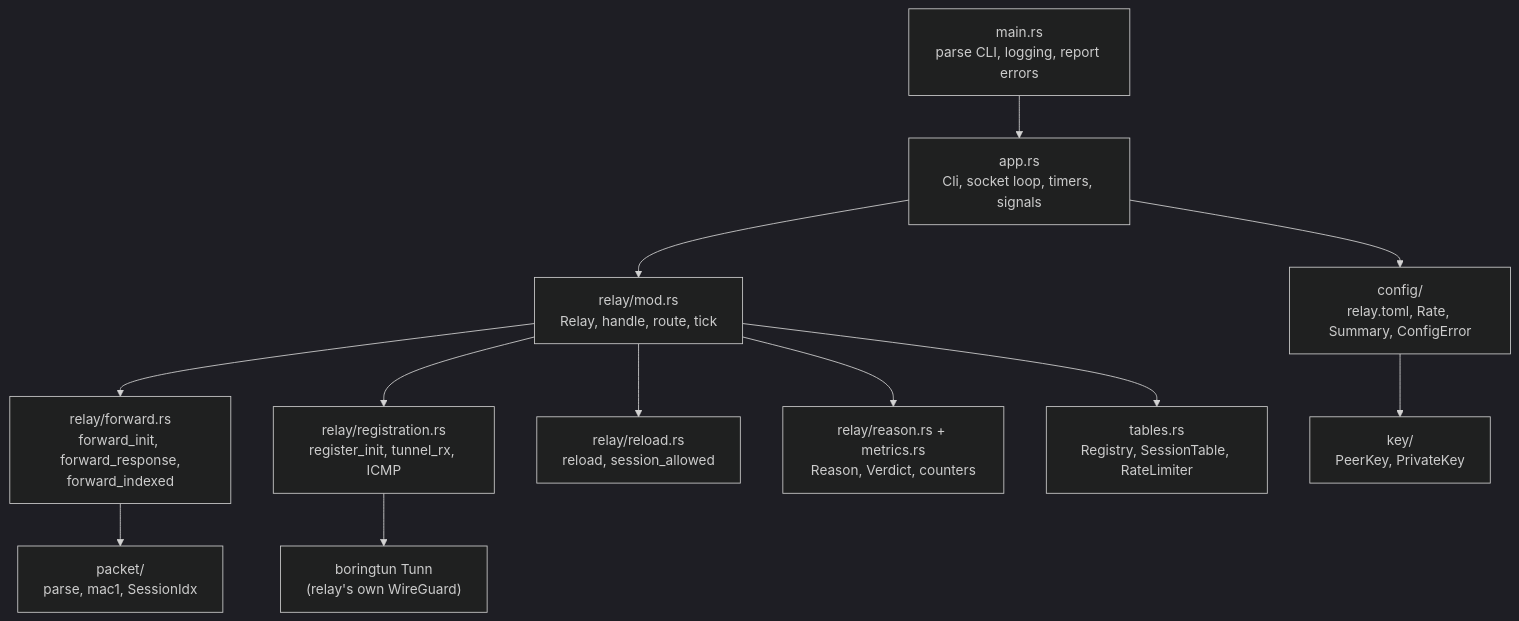
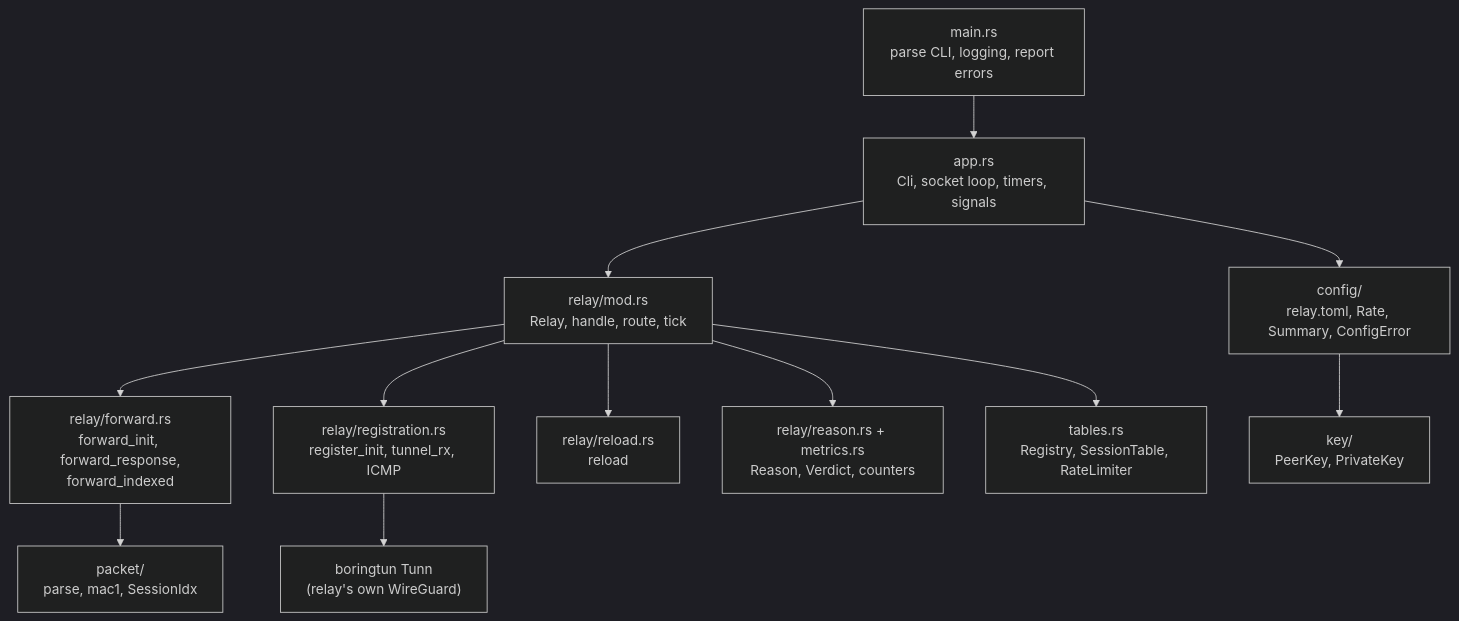
Diagram 21 of 22 in docs/how-it-works.md (3alpha/wg-relay), drawn with Mermaid (dark theme) before and after one commit. The commit also changed other lines of this file and 16 other files, not shown here.

````diff
--- a/docs/how-it-works.md
+++ b/docs/how-it-works.md
@@ -639,14 +630,14 @@
 ```mermaid
 flowchart TD
     main["main.rs<br/>parse CLI, logging, report errors"] --> app["app.rs<br/>Cli, socket loop, timers, signals"]
     app --> cfg["config/<br/>relay.toml, Rate, Summary, ConfigError"]
     app --> relay["relay/mod.rs<br/>Relay, handle, route, tick"]
     relay --> fwd["relay/forward.rs<br/>forward_init, forward_response,<br/>forward_indexed"]
     relay --> regm["relay/registration.rs<br/>register_init, tunnel_rx, ICMP"]
-    relay --> rel["relay/reload.rs<br/>reload, session_allowed"]
+    relay --> rel["relay/reload.rs<br/>reload"]
     relay --> rsn["relay/reason.rs + metrics.rs<br/>Reason, Verdict, counters"]
     relay --> tbl["tables.rs<br/>Registry, SessionTable, RateLimiter"]
     fwd --> pkt["packet/<br/>parse, mac1, SessionIdx"]
     regm --> bt["boringtun Tunn<br/>(relay's own WireGuard)"]
     cfg --> key["key/<br/>PeerKey, PrivateKey"]
 ```
````
